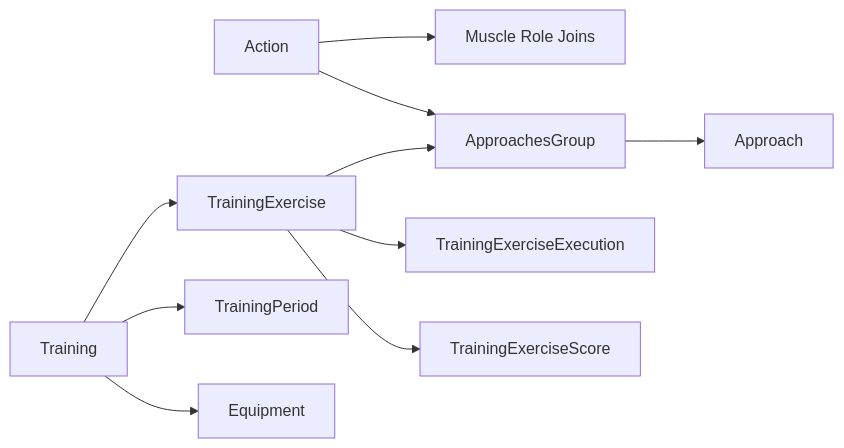
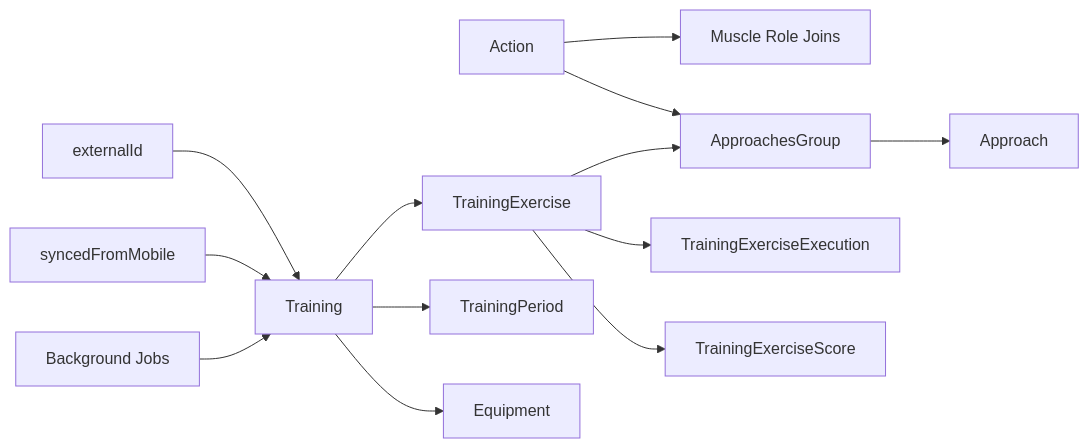
One commit to Dezzpil/meingym changed the seventh of 7 diagrams in .qoder/repowiki/en/content/Data Model/Data Model.md. Above: the diagram before and after it, drawn with Mermaid. The commit also changed other lines of this file and 5 other files, not shown here.

````diff
--- a/.qoder/repowiki/en/content/Data Model/Data Model.md
+++ b/.qoder/repowiki/en/content/Data Model/Data Model.md
@@ -564,12 +630,15 @@
 ```mermaid
 graph LR
 Action["Action"] --> MuscleRoles["Muscle Role Joins"]
 Action --> ApproachesGroup["ApproachesGroup"]
 ApproachesGroup --> Approach["Approach"]
 Training["Training"] --> TrainingExercise["TrainingExercise"]
 TrainingExercise --> ApproachesGroup
 TrainingExercise --> Execution["TrainingExerciseExecution"]
 TrainingExercise --> Score["TrainingExerciseScore"]
 Training --> Period["TrainingPeriod"]
 Training --> Equipment["Equipment"]
+ExternalID["externalId"] --> Training
+MobileSync["syncedFromMobile"] --> Training
+JobQueue["Background Jobs"] --> Training
 ```
````
